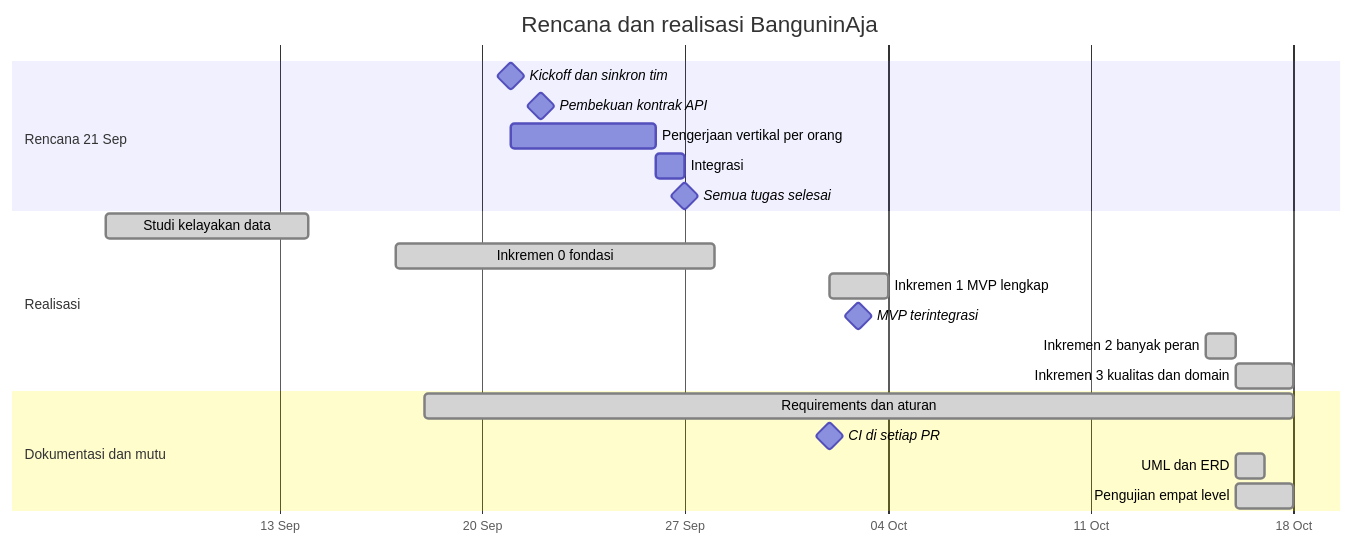
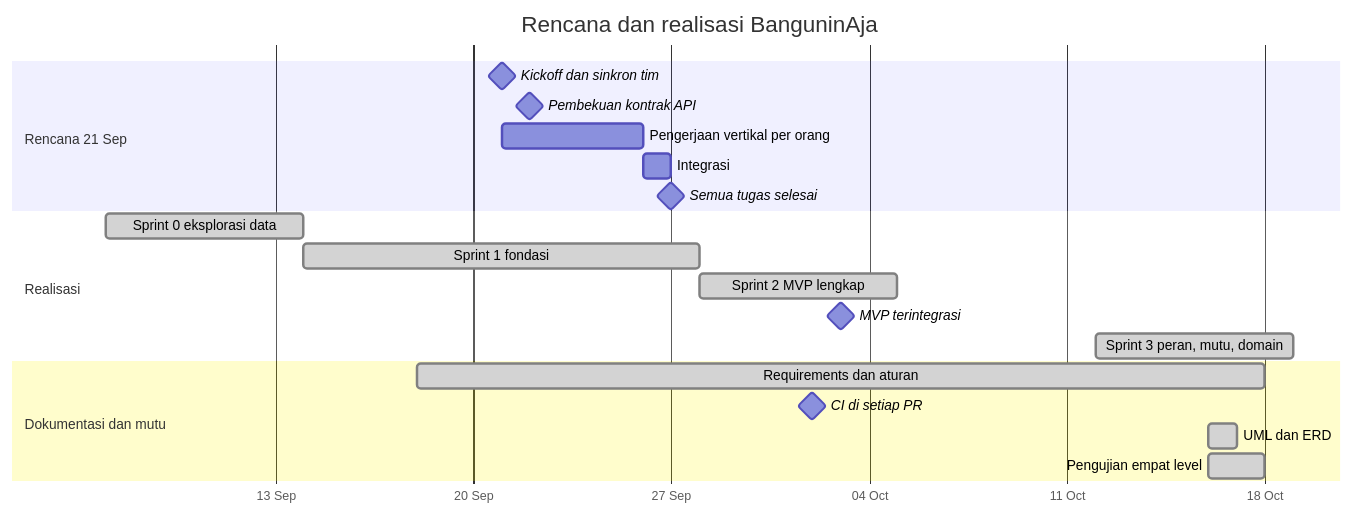
Before and after one commit to jojondrw/BanguninAjaApp: the diagram in docs/proses/jadwal.md, drawn with Mermaid. The commit also changed other lines of this file and 1 other file, not shown here.

Commit message:
docs(proses): model SDLC Scrum dengan prototipe, selaras dengan presentasi progres (#88)
Presentasi progres dan laporan menyatakan model Scrum dengan prototipe,
sedangkan sdlc.md menyebut iteratif-inkremental. Rubrik meminta satu model
yang diterapkan sepanjang proyek, jadi dokumen diselaraskan (keputusan
Derick).

- Unsur Scrum dipetakan ke bukti: pemilik produk, backlog (handoff lalu issue
  #78 sampai #85), sprint satu sampai dua minggu, sprint review lewat
  presentasi progres, definition of done, prototipe.
- Inkremen di git menjadi sprint 0 sampai 3; Gantt ikut diubah.
- Daily scrum dan retrospektif yang tidak tercatat ditulis sebagai
  kelemahan proses.

````diff
--- a/docs/proses/jadwal.md
+++ b/docs/proses/jadwal.md
@@ -9,28 +9,27 @@
 ```mermaid
 gantt
     title Rencana dan realisasi BanguninAja
     dateFormat YYYY-MM-DD
     axisFormat %d %b
     tickInterval 1week
 
     section Rencana 21 Sep
     Kickoff dan sinkron tim          :milestone, r0, 2026-09-21, 0d
     Pembekuan kontrak API            :milestone, r1, 2026-09-22, 0d
     Pengerjaan vertikal per orang    :r2, 2026-09-21, 2026-09-26
     Integrasi                        :r3, 2026-09-26, 1d
     Semua tugas selesai              :milestone, r4, 2026-09-27, 0d
 
     section Realisasi
-    Studi kelayakan data             :done, a0, 2026-09-07, 2026-09-14
-    Inkremen 0 fondasi               :done, a1, 2026-09-17, 2026-09-28
-    Inkremen 1 MVP lengkap           :done, a2, 2026-10-02, 2026-10-04
+    Sprint 0 eksplorasi data         :done, a0, 2026-09-07, 2026-09-14
+    Sprint 1 fondasi                 :done, a1, 2026-09-14, 2026-09-28
+    Sprint 2 MVP lengkap             :done, a2, 2026-09-28, 2026-10-05
     MVP terintegrasi                 :milestone, a3, 2026-10-03, 0d
-    Inkremen 2 banyak peran          :done, a4, 2026-10-15, 1d
-    Inkremen 3 kualitas dan domain   :done, a5, 2026-10-16, 2026-10-18
+    Sprint 3 peran, mutu, domain     :done, a5, 2026-10-12, 2026-10-19
 
     section Dokumentasi dan mutu
     Requirements dan aturan          :done, d1, 2026-09-18, 2026-10-18
     CI di setiap PR                  :milestone, d2, 2026-10-02, 0d
     UML dan ERD                      :done, d3, 2026-10-16, 1d
     Pengujian empat level            :done, d4, 2026-10-16, 2026-10-18
 ```
````
